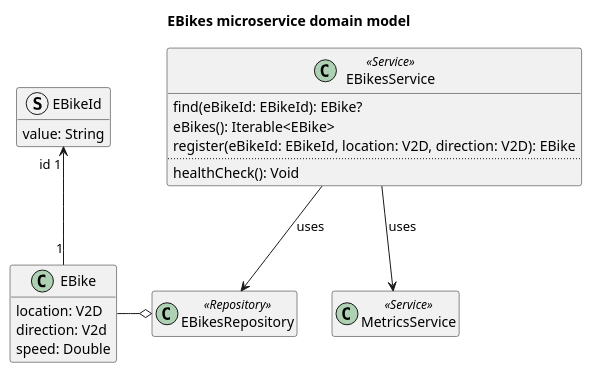
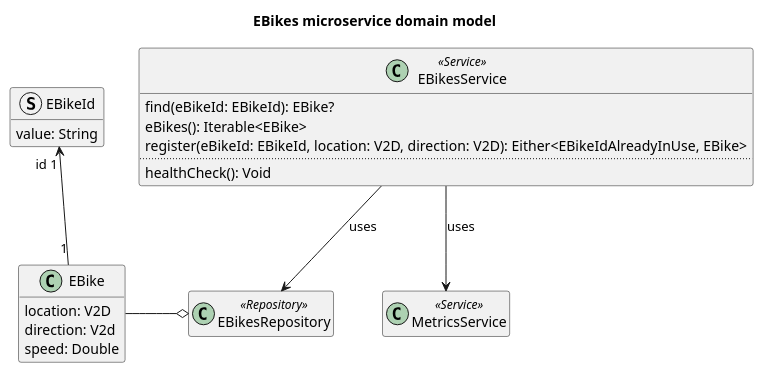
One commit to Ventus218/SAP-assignment-02 changed the diagram in doc/diagrams/src/ebikes-microservice-domain-model.puml. Above: the diagram before and after it, drawn with PlantUML. The commit also changed 1 other file, not shown here.

Commit message:
Synced diagrams with code

```diff
--- a/doc/diagrams/src/ebikes-microservice-domain-model.puml
+++ b/doc/diagrams/src/ebikes-microservice-domain-model.puml
@@ -1,33 +1,33 @@
 @startuml ebikes-microservice-domain-model
 
 title EBikes microservice domain model
 
 class EBike {
     location: V2D
     direction: V2d
     speed: Double
 }
 struct EBikeId {
     value: String
 }
 EBike "1" -u-> "id 1" EBikeId
 
 class EBikesRepository <<Repository>> 
 EBikesRepository o-l- EBike
 
 class EBikesService <<Service>> {
     find(eBikeId: EBikeId): EBike?
     eBikes(): Iterable<EBike>
-    register(eBikeId: EBikeId, location: V2D, direction: V2D): EBike
+    register(eBikeId: EBikeId, location: V2D, direction: V2D): Either<EBikeIdAlreadyInUse, EBike>
     ..
     healthCheck(): Void
 }
 
 EBikesService --> EBikesRepository : "uses"
 
 class MetricsService <<Service>>
 EBikesService --> MetricsService : "uses"
 
 hide empty members
 
 @enduml
```
